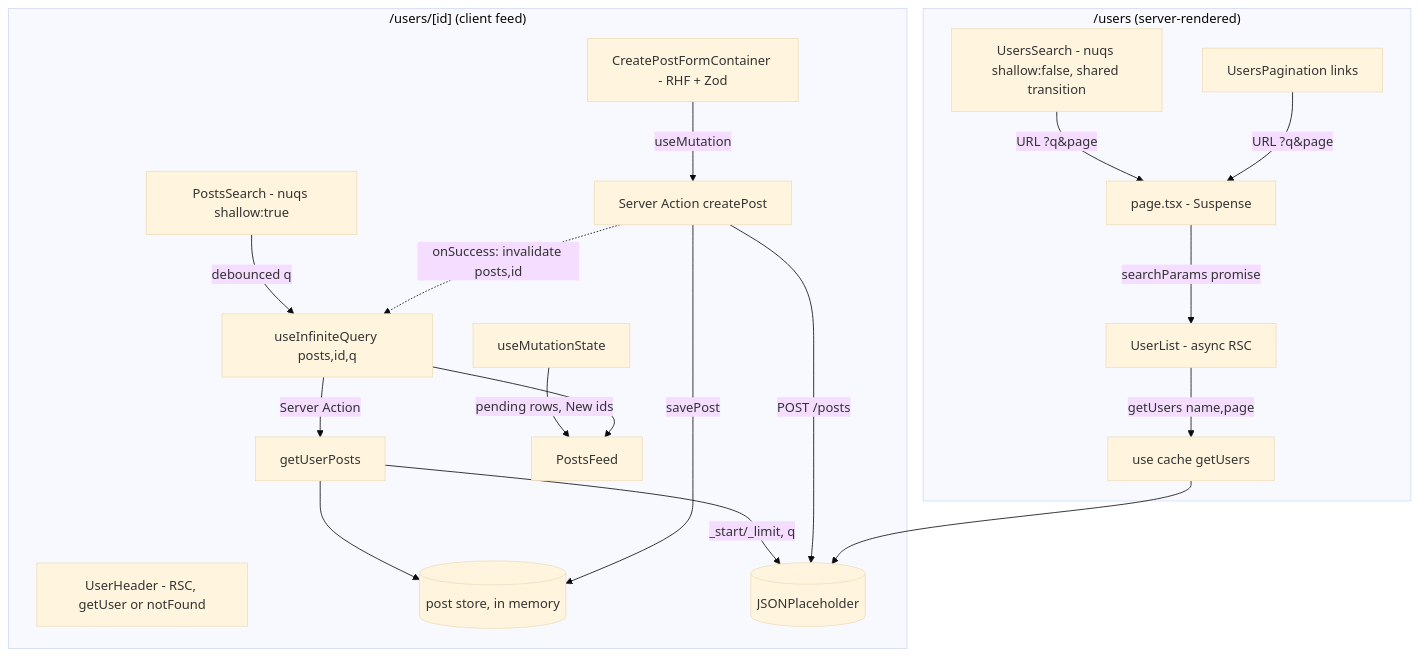
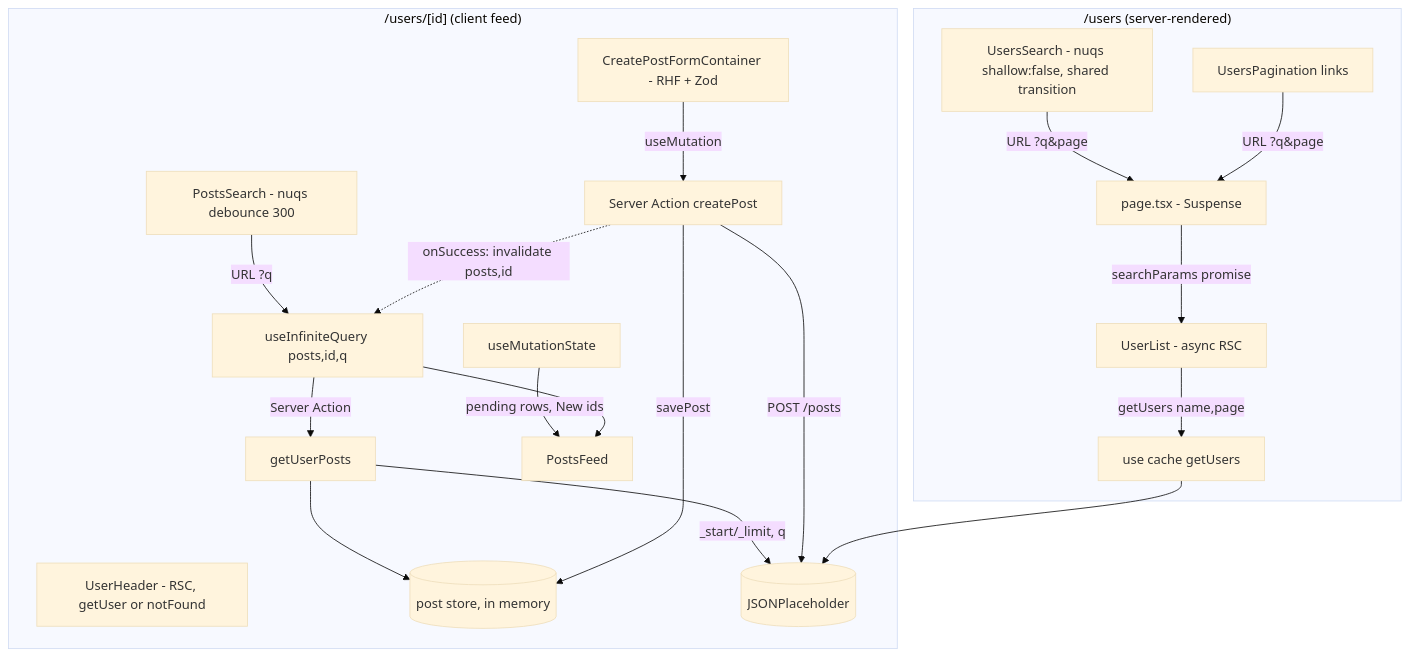
One commit to Val020213/user-feed changed the first of 2 diagrams in docs/plans/2026-11-15-1741-feat-user-feed-take-home-plan.md. Above: the diagram before and after it, drawn with Mermaid (base theme). The commit also changed other lines of this file, not shown here.

Commit message:
docs: update the plan to the progress bar and posts search as built

````diff
--- a/docs/plans/2026-11-15-1741-feat-user-feed-take-home-plan.md
+++ b/docs/plans/2026-11-15-1741-feat-user-feed-take-home-plan.md
@@ -158,23 +158,23 @@
 ```mermaid
 flowchart TB
   subgraph Users["/users (server-rendered)"]
     SB[UsersSearch - nuqs shallow:false, shared transition] -->|URL ?q&page| PG[page.tsx - Suspense]
     PN[UsersPagination links] -->|URL ?q&page| PG
     PG -->|searchParams promise| UL[UserList - async RSC]
     UL -->|getUsers name,page| UC["use cache" getUsers]
   end
   subgraph Posts["/users/[id] (client feed)"]
     HD[UserHeader - RSC, getUser or notFound]
-    PS[PostsSearch - nuqs shallow:true] -->|debounced q| FQ[useInfiniteQuery posts,id,q]
+    PS[PostsSearch - nuqs debounce 300] -->|URL ?q| FQ[useInfiniteQuery posts,id,q]
     FQ -->|Server Action| GP[getUserPosts]
     GP --> ST[(post store, in memory)]
     GP -->|_start/_limit, q| JP[(JSONPlaceholder)]
     FORM[CreatePostFormContainer - RHF + Zod] -->|useMutation| CP[Server Action createPost]
     CP -->|POST /posts| JP
     CP -->|savePost| ST
     CP -.->|onSuccess: invalidate posts,id| FQ
     MS[useMutationState] -->|pending rows, New ids| FEED[PostsFeed]
     FQ --> FEED
   end
   UC --> JP
 ```
````
